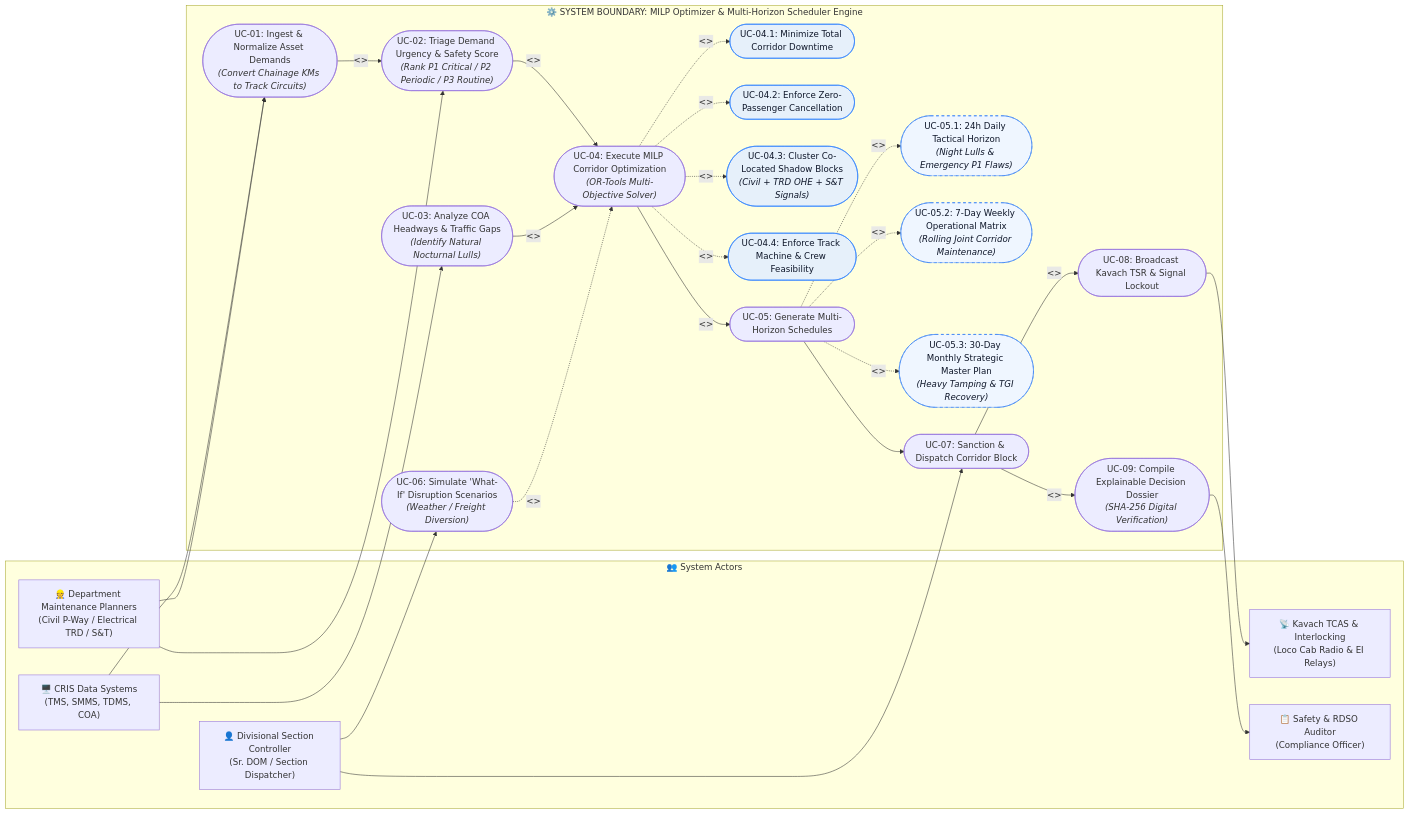
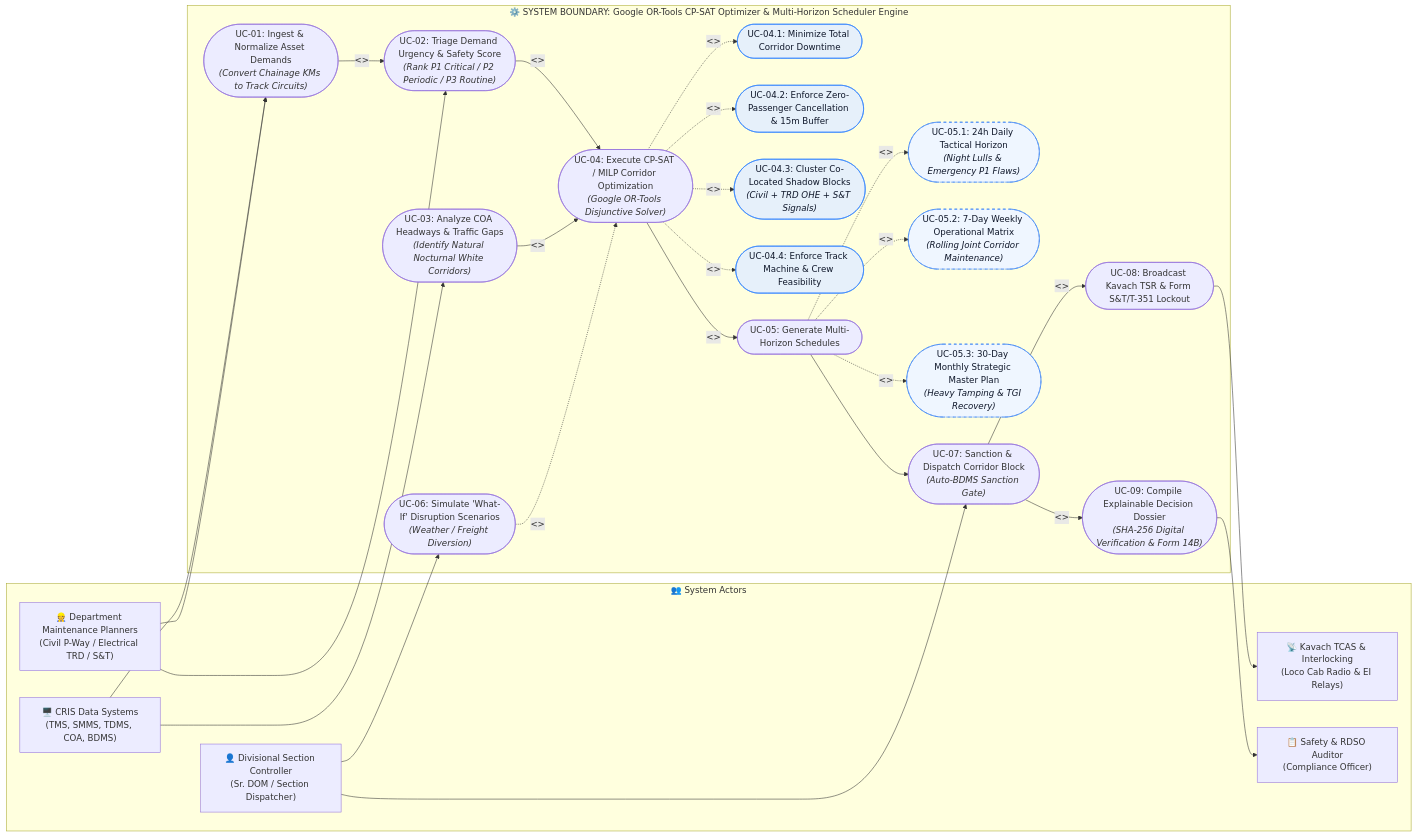
The diagram in docs/milp_solver_use_case_diagram.md (ritam413/RailSuraksha-AI-), drawn with Mermaid before and after one commit. The commit also changed other lines of this file and 42 other files, not shown here.

````diff
--- a/docs/milp_solver_use_case_diagram.md
+++ b/docs/milp_solver_use_case_diagram.md
@@ -11,67 +12,67 @@
 ```mermaid
 graph LR
     %% Actors
     subgraph Actors ["👥 System Actors"]
         Controller["👤 Divisional Section Controller<br/>(Sr. DOM / Section Dispatcher)"]
         Planners["👷 Department Maintenance Planners<br/>(Civil P-Way / Electrical TRD / S&T)"]
-        CRIS["🖥️ CRIS Data Systems<br/>(TMS, SMMS, TDMS, COA)"]
+        CRIS["🖥️ CRIS Data Systems<br/>(TMS, SMMS, TDMS, COA, BDMS)"]
         Kavach["📡 Kavach TCAS & Interlocking<br/>(Loco Cab Radio & EI Relays)"]
         Auditor["📋 Safety & RDSO Auditor<br/>(Compliance Officer)"]
     end
 
     %% System Boundary
-    subgraph SolverBoundary ["⚙️ SYSTEM BOUNDARY: MILP Optimizer & Multi-Horizon Scheduler Engine"]
+    subgraph SolverBoundary ["⚙️ SYSTEM BOUNDARY: Google OR-Tools CP-SAT Optimizer & Multi-Horizon Scheduler Engine"]
         UC1(["UC-01: Ingest & Normalize Asset Demands<br/><i>(Convert Chainage KMs to Track Circuits)</i>"])
         UC2(["UC-02: Triage Demand Urgency & Safety Score<br/><i>(Rank P1 Critical / P2 Periodic / P3 Routine)</i>"])
-        UC3(["UC-03: Analyze COA Headways & Traffic Gaps<br/><i>(Identify Natural Nocturnal Lulls)</i>"])
+        UC3(["UC-03: Analyze COA Headways & Traffic Gaps<br/><i>(Identify Natural Nocturnal White Corridors)</i>"])
         
-        UC4(["UC-04: Execute MILP Corridor Optimization<br/><i>(OR-Tools Multi-Objective Solver)</i>"])
+        UC4(["UC-04: Execute CP-SAT / MILP Corridor Optimization<br/><i>(Google OR-Tools Disjunctive Solver)</i>"])
         UC4_1(["UC-04.1: Minimize Total Corridor Downtime"]):::sub
-        UC4_2(["UC-04.2: Enforce Zero-Passenger Cancellation"]):::sub
+        UC4_2(["UC-04.2: Enforce Zero-Passenger Cancellation & 15m Buffer"]):::sub
         UC4_3(["UC-04.3: Cluster Co-Located Shadow Blocks<br/><i>(Civil + TRD OHE + S&T Signals)</i>"]):::sub
         UC4_4(["UC-04.4: Enforce Track Machine & Crew Feasibility"]):::sub
 
         UC5(["UC-05: Generate Multi-Horizon Schedules"])
         UC5_1(["UC-05.1: 24h Daily Tactical Horizon<br/><i>(Night Lulls & Emergency P1 Flaws)</i>"]):::horizon
         UC5_2(["UC-05.2: 7-Day Weekly Operational Matrix<br/><i>(Rolling Joint Corridor Maintenance)</i>"]):::horizon
         UC5_3(["UC-05.3: 30-Day Monthly Strategic Master Plan<br/><i>(Heavy Tamping & TGI Recovery)</i>"]):::horizon
 
         UC6(["UC-06: Simulate 'What-If' Disruption Scenarios<br/><i>(Weather / Freight Diversion)</i>"])
-        UC7(["UC-07: Sanction & Dispatch Corridor Block"])
-        UC8(["UC-08: Broadcast Kavach TSR & Signal Lockout"])
-        UC9(["UC-09: Compile Explainable Decision Dossier<br/><i>(SHA-256 Digital Verification)</i>"])
+        UC7(["UC-07: Sanction & Dispatch Corridor Block<br/><i>(Auto-BDMS Sanction Gate)</i>"])
+        UC8(["UC-08: Broadcast Kavach TSR & Form S&T/T-351 Lockout"])
+        UC9(["UC-09: Compile Explainable Decision Dossier<br/><i>(SHA-256 Digital Verification & Form 14B)</i>"])
     end
 
     %% Actor Relationships
     CRIS --> UC1
     Planners --> UC1
     Planners --> UC2
 
     UC1 -->|<<include>>| UC2
     UC2 -->|<<include>>| UC4
     CRIS --> UC3
     UC3 -->|<<include>>| UC4
 
     UC4 -.->|<<include>>| UC4_1
     UC4 -.->|<<include>>| UC4_2
     UC4 -.->|<<include>>| UC4_3
     UC4 -.->|<<include>>| UC4_4
 
     UC4 -->|<<include>>| UC5
     UC5 -.->|<<include>>| UC5_1
     UC5 -.->|<<include>>| UC5_2
     UC5 -.->|<<include>>| UC5_3
 
     Controller --> UC6
     UC6 -.->|<<extend>>| UC4
     Controller --> UC7
     UC5 --> UC7
 
     UC7 -->|<<include>>| UC8
     UC8 --> Kavach
     UC7 -->|<<include>>| UC9
     UC9 --> Auditor
 
     classDef sub fill:#E6F0FA,stroke:#2B7FFF,stroke-width:1px,color:#0F172A;
     classDef horizon fill:#EFF6FF,stroke:#3B82F6,stroke-dasharray: 5 5,color:#0F172A;
 ```
````
